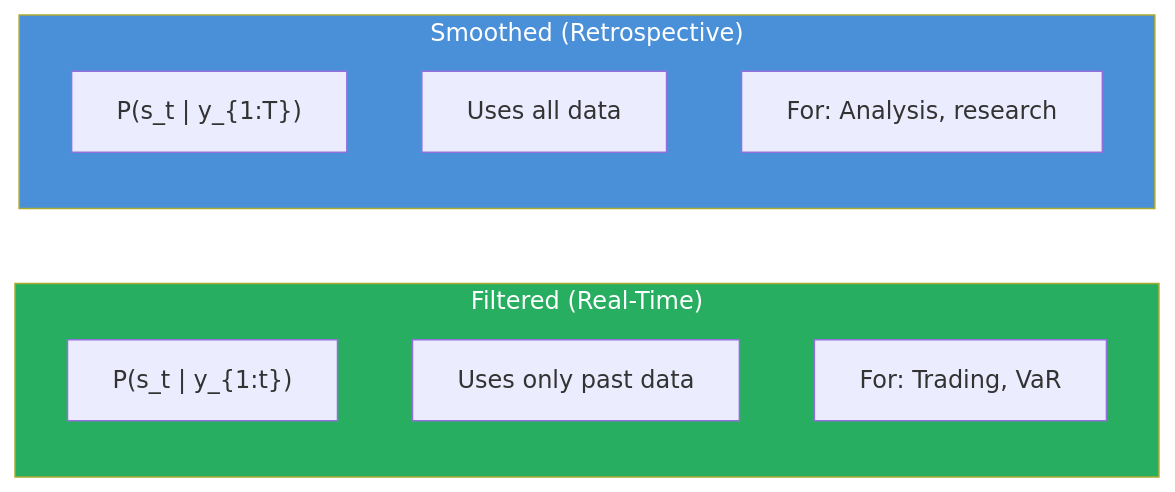
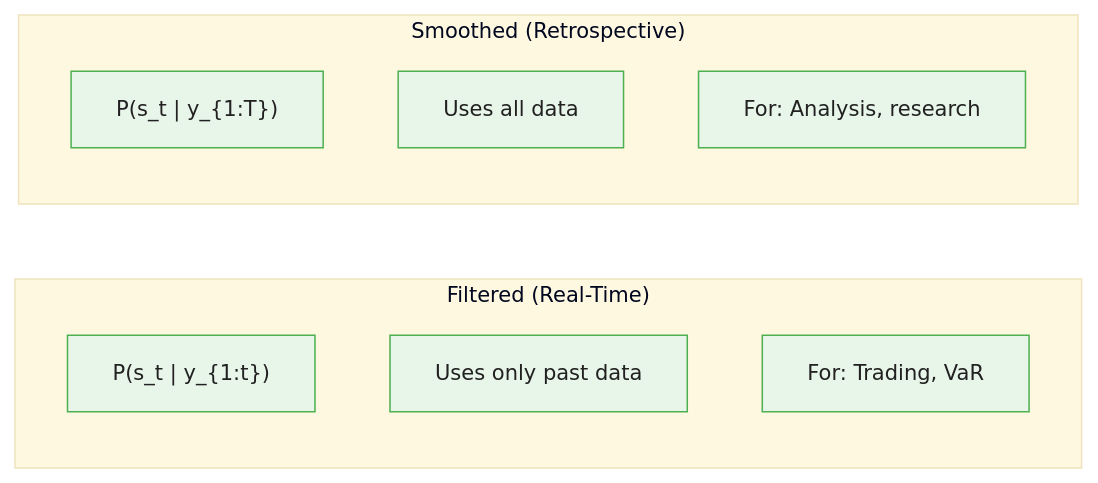
One commit to m-deane/course-creator changed the third of 4 diagrams in courses/bayesian-commodity-forecasting/modules/module_07_regime_switching/guides/03_regime_switching_volatility_slides.md. Above: the diagram before and after it, drawn with Mermaid. The commit also changed other lines of this file and 104 other files, not shown here.

````diff
--- a/courses/bayesian-commodity-forecasting/modules/module_07_regime_switching/guides/03_regime_switching_volatility_slides.md
+++ b/courses/bayesian-commodity-forecasting/modules/module_07_regime_switching/guides/03_regime_switching_volatility_slides.md
@@ -329,15 +344,14 @@
 ```mermaid
+%%{init: {"theme": "base", "themeVariables": {"primaryColor": "#e8f5e9", "primaryBorderColor": "#4caf50", "primaryTextColor": "#212121", "secondaryColor": "#e3f2fd", "tertiaryColor": "#fff8e1", "lineColor": "#757575", "fontFamily": "Inter, sans-serif", "fontSize": "14px"}}}%%
 flowchart LR
     subgraph Filtered["Filtered (Real-Time)"]
         F1["P(s_t | y_{1:t})"]
         F2["Uses only past data"]
         F3["For: Trading, VaR"]
     end
     subgraph Smoothed["Smoothed (Retrospective)"]
         S1["P(s_t | y_{1:T})"]
         S2["Uses all data"]
         S3["For: Analysis, research"]
     end
-    style Filtered fill:#27ae60,color:#fff
-    style Smoothed fill:#4a90d9,color:#fff
 ```
````
